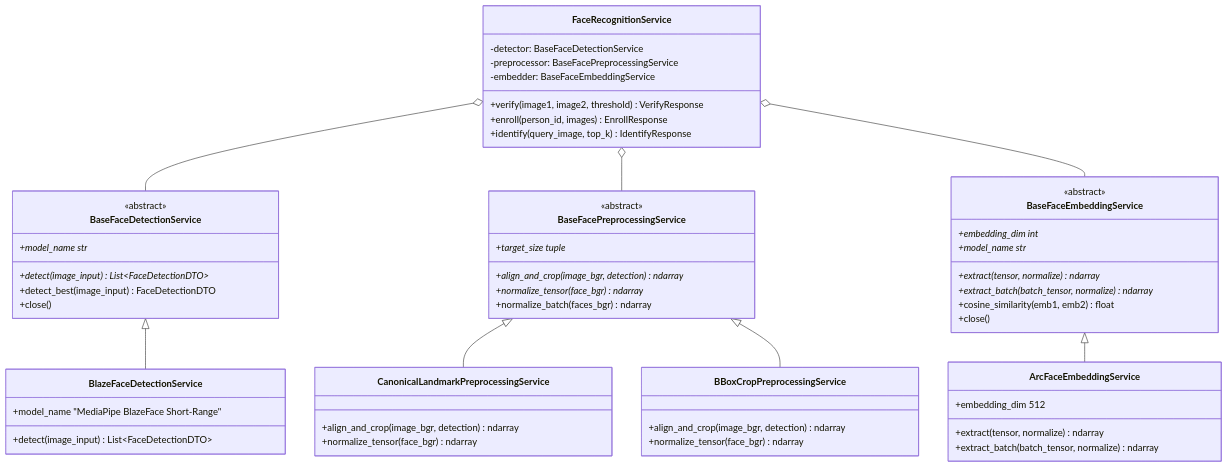
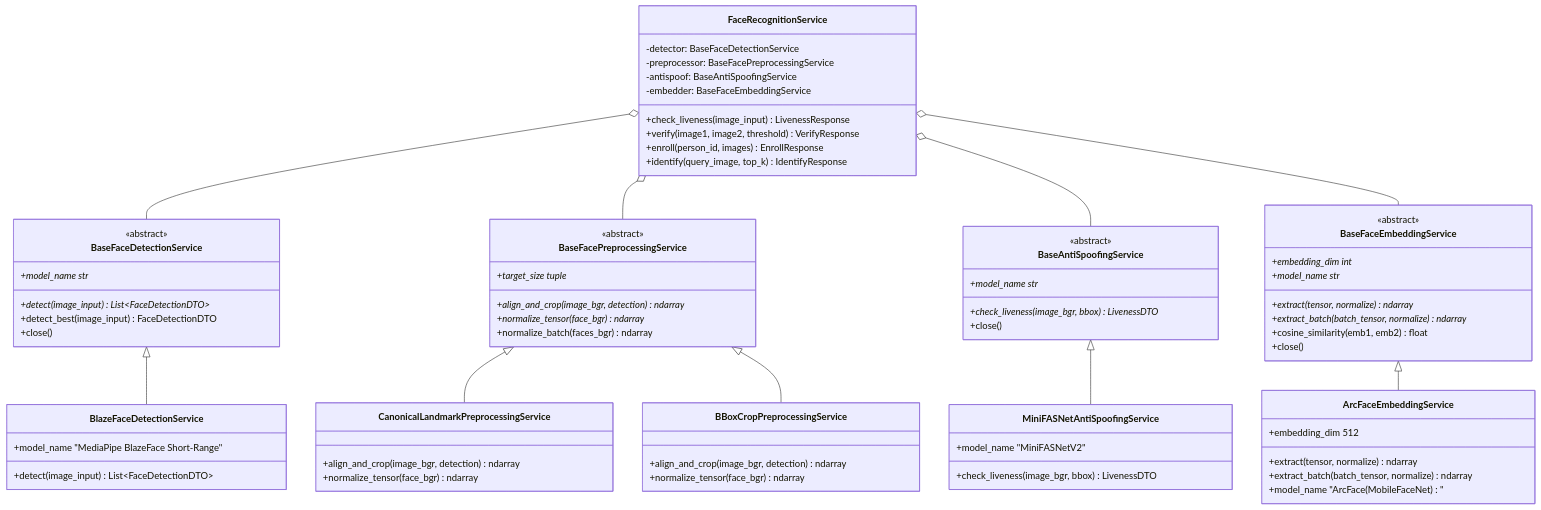
One commit to NVKQ2022/MVP changed the diagram in AI/FaceAuthentication/Recognition/README.md. Above: the diagram before and after it, drawn with Mermaid. The commit also changed other lines of this file and 2 other files, not shown here.

Commit message:
docs(fas): update architecture, API reference, and README with anti-spoofing pipeline

````diff
--- a/AI/FaceAuthentication/Recognition/README.md
+++ b/AI/FaceAuthentication/Recognition/README.md
@@ -22,6 +22,12 @@
         +normalize_tensor(face_bgr) ndarray*
         +normalize_batch(faces_bgr) ndarray
         +target_size tuple*
+    }
+    class BaseAntiSpoofingService {
+        <<abstract>>
+        +check_liveness(image_bgr, bbox) LivenessDTO*
+        +model_name str*
+        +close()
     }
     class BaseFaceEmbeddingService {
         <<abstract>>
@@ -52,11 +58,19 @@
     BaseFacePreprocessingService <|-- CanonicalLandmarkPreprocessingService
     BaseFacePreprocessingService <|-- BBoxCropPreprocessingService
 
+    %% Concrete Anti-Spoofing Services
+    class MiniFASNetAntiSpoofingService {
+        +check_liveness(image_bgr, bbox) LivenessDTO
+        +model_name "MiniFASNetV2"
+    }
+    BaseAntiSpoofingService <|-- MiniFASNetAntiSpoofingService
+
     %% Concrete Embedding Services
     class ArcFaceEmbeddingService {
         +extract(tensor, normalize) ndarray
         +extract_batch(batch_tensor, normalize) ndarray
         +embedding_dim 512
+        +model_name "ArcFace (MobileFaceNet)"
     }
     BaseFaceEmbeddingService <|-- ArcFaceEmbeddingService
 
@@ -64,12 +78,15 @@
     class FaceRecognitionService {
         -detector: BaseFaceDetectionService
         -preprocessor: BaseFacePreprocessingService
+        -antispoof: BaseAntiSpoofingService
         -embedder: BaseFaceEmbeddingService
+        +check_liveness(image_input) LivenessResponse
         +verify(image1, image2, threshold) VerifyResponse
         +enroll(person_id, images) EnrollResponse
         +identify(query_image, top_k) IdentifyResponse
     }
     FaceRecognitionService o-- BaseFaceDetectionService
     FaceRecognitionService o-- BaseFacePreprocessingService
+    FaceRecognitionService o-- BaseAntiSpoofingService
     FaceRecognitionService o-- BaseFaceEmbeddingService
 ```
````
